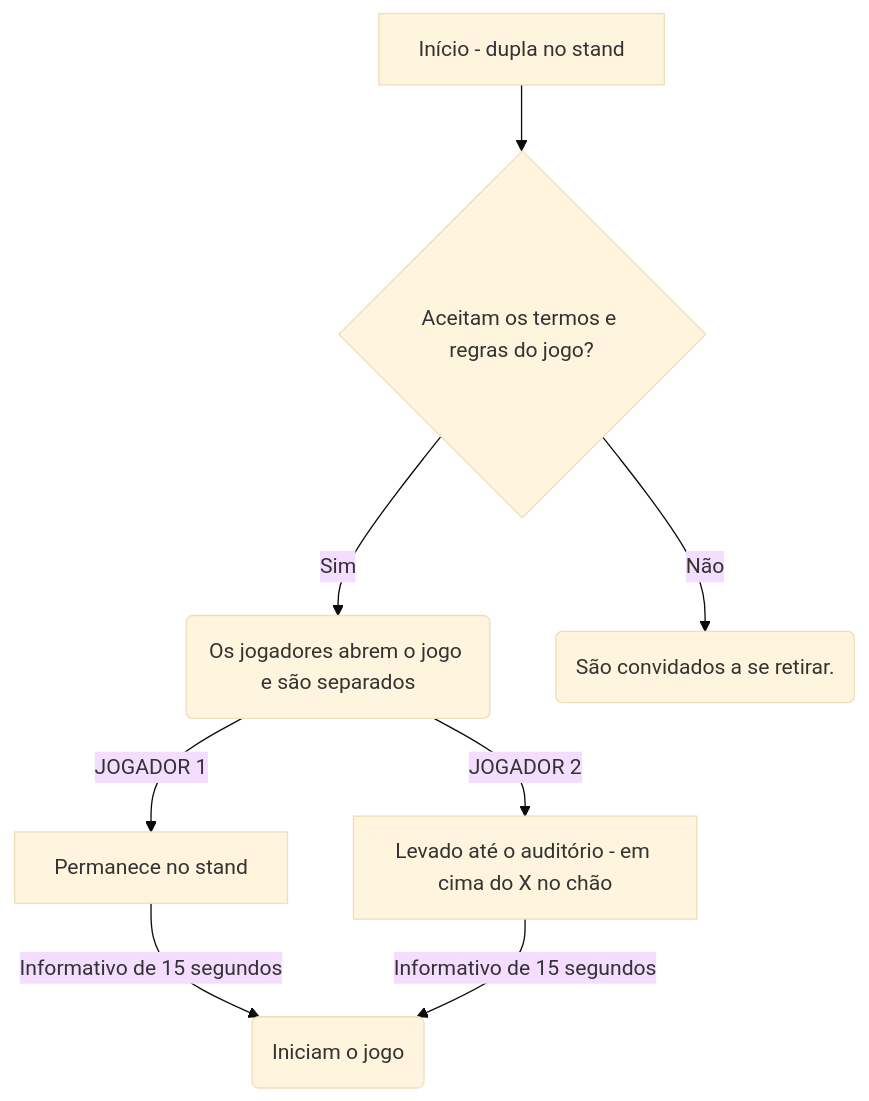
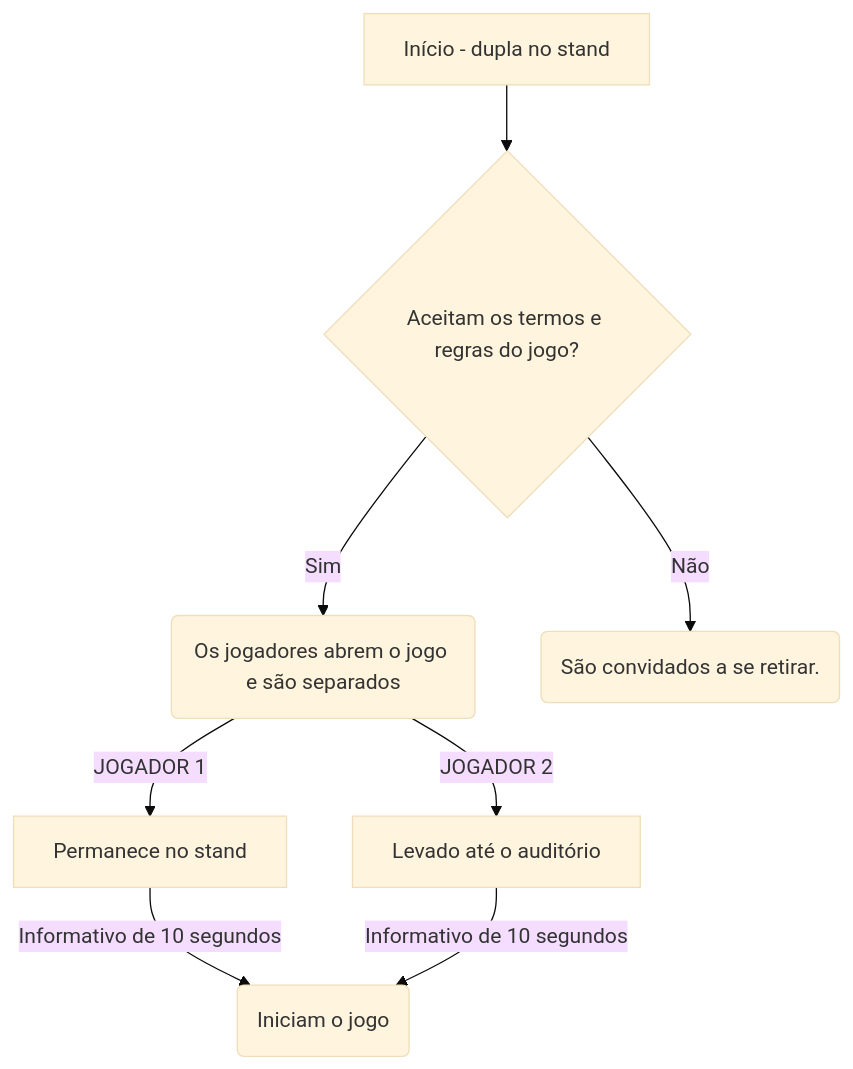
Before and after one commit to DinamicCreative/EscapeRoom: the first of 2 diagrams in README.md, drawn with Mermaid (base theme).

````diff
--- a/README.md
+++ b/README.md
@@ -23,12 +23,12 @@
 ```mermaid
 flowchart TD
   A[Início - dupla no stand] --> KA{Aceitam os termos e regras do jogo?}
   KA --> |Sim| B
    B(Os jogadores abrem o jogo e são separados)
 
 
-   -->|JOGADOR 1| D[Permanece no stand] --> |Informativo de 15 segundos| F(Iniciam o jogo)
-  B -->|JOGADOR 2| E[Levado até o auditório - em cima do X no chão] --> |Informativo de 15 segundos| F(Iniciam o jogo)
+   -->|JOGADOR 1| D[Permanece no stand] --> |Informativo de 10 segundos| F(Iniciam o jogo)
+  B -->|JOGADOR 2| E[Levado até o auditório] --> |Informativo de 10 segundos| F(Iniciam o jogo)
   KA --> |Não|BE(São convidados a se retirar.)
  
 ```
````
